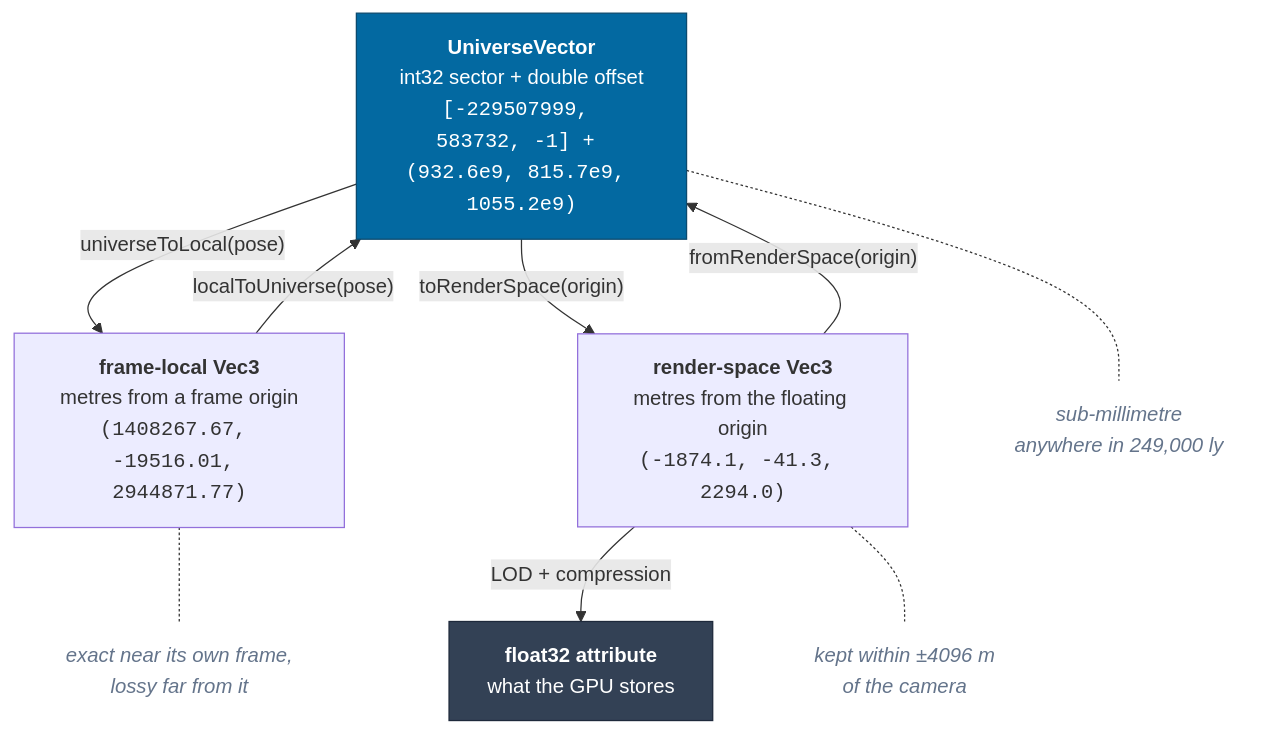
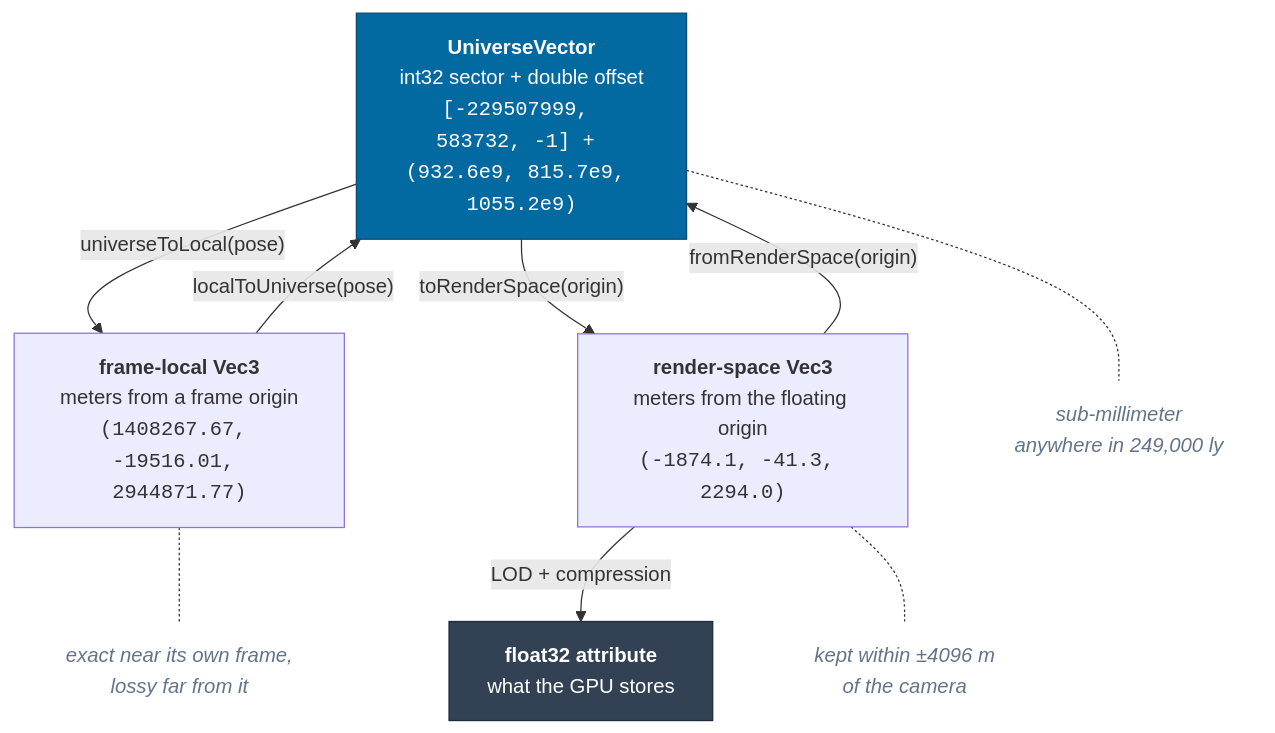
Before and after one commit to jonjaques/inertialref: the fourth of 6 diagrams in docs/architecture.md, drawn with Mermaid. The commit also changed other lines of this file and 83 other files, not shown here.

````diff
--- a/docs/architecture.md
+++ b/docs/architecture.md
@@ -173,26 +173,26 @@
 ```mermaid
 flowchart TB
     UV["<b>UniverseVector</b><br/>int32 sector + double offset<br/><code>[-229507999, 583732, -1] + (932.6e9, 815.7e9, 1055.2e9)</code>"]
-    LOCAL["<b>frame-local Vec3</b><br/>metres from a frame origin<br/><code>(1408267.67, -19516.01, 2944871.77)</code>"]
-    RENDER["<b>render-space Vec3</b><br/>metres from the floating origin<br/><code>(-1874.1, -41.3, 2294.0)</code>"]
+    LOCAL["<b>frame-local Vec3</b><br/>meters from a frame origin<br/><code>(1408267.67, -19516.01, 2944871.77)</code>"]
+    RENDER["<b>render-space Vec3</b><br/>meters from the floating origin<br/><code>(-1874.1, -41.3, 2294.0)</code>"]
     GPU["<b>float32 attribute</b><br/>what the GPU stores"]
 
     UV -->|"universeToLocal(pose)"| LOCAL
     LOCAL -->|"localToUniverse(pose)"| UV
     UV -->|"toRenderSpace(origin)"| RENDER
     RENDER -->|"fromRenderSpace(origin)"| UV
     RENDER -->|"LOD + compression"| GPU
 
-    UVNOTE["sub-millimetre<br/>anywhere in 249,000 ly"]
+    UVNOTE["sub-millimeter<br/>anywhere in 249,000 ly"]
     LOCALNOTE["exact near its own frame,<br/>lossy far from it"]
     RENDERNOTE["kept within ±4096 m<br/>of the camera"]
 
     UV -.- UVNOTE
     LOCAL -.- LOCALNOTE
     RENDER -.- RENDERNOTE
 
     style UV fill:#0369a1,stroke:#0c4a6e,color:#fff
     style GPU fill:#334155,stroke:#1e293b,color:#fff
     classDef note fill:none,stroke:none,color:#64748b,font-style:italic
     class UVNOTE,LOCALNOTE,RENDERNOTE note
 ```
````
